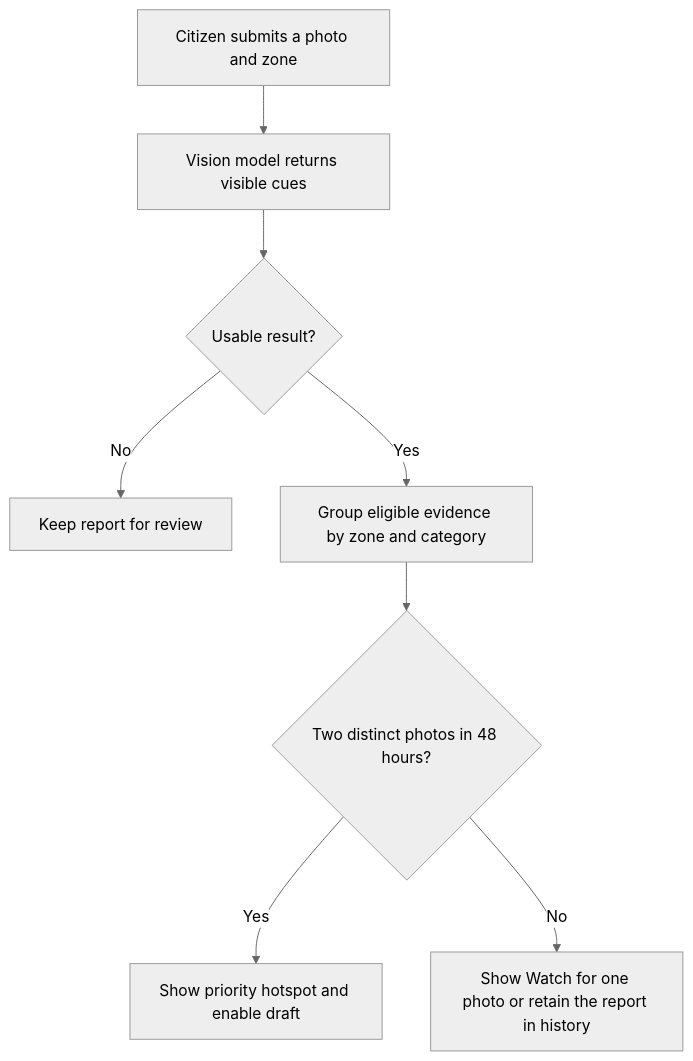
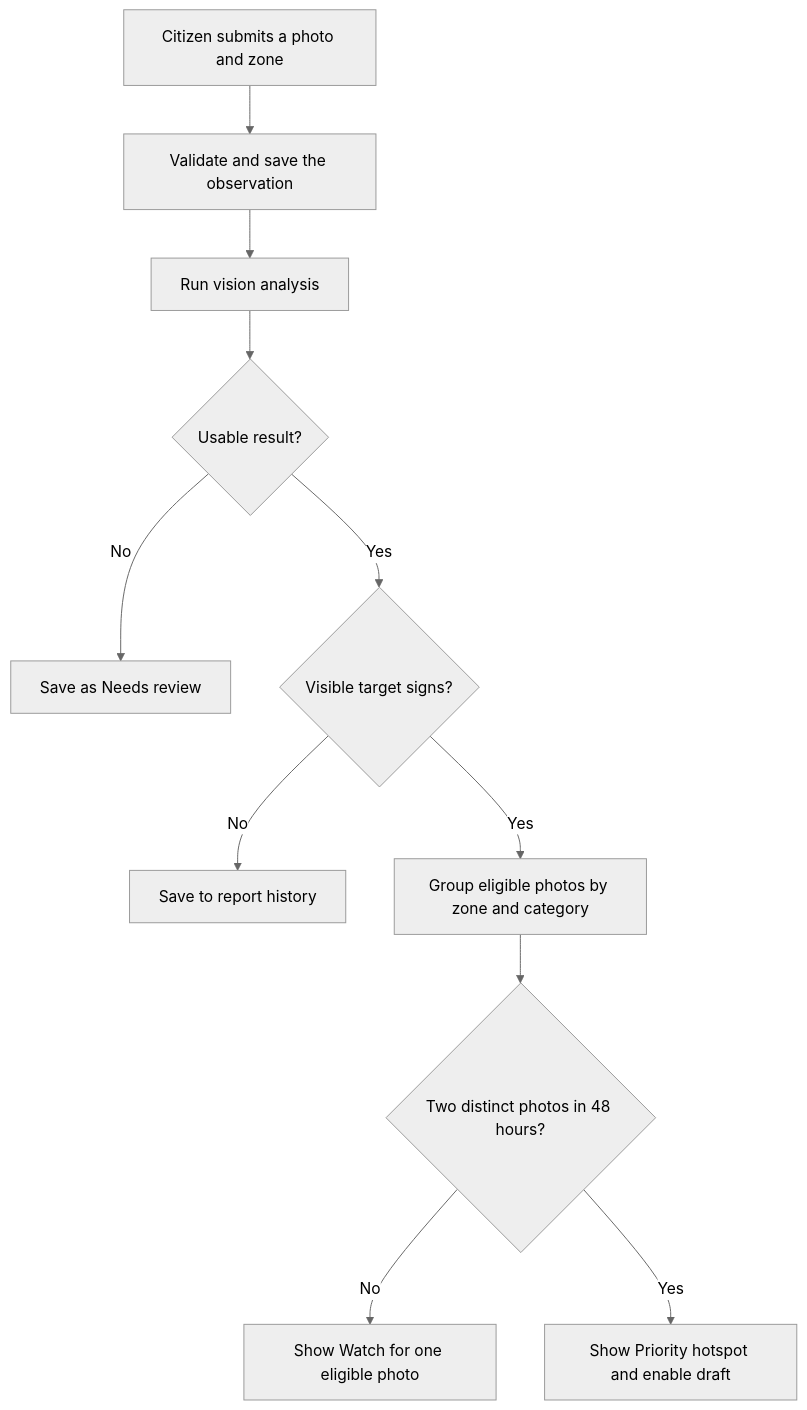
Before and after one commit to BagaaBhai28/JalNetra: the first of 5 diagrams in README.md, drawn with Mermaid (neutral theme). The commit also changed other lines of this file, not shown here.

````diff
--- a/README.md
+++ b/README.md
@@ -24,10 +35,13 @@
 ```mermaid
 flowchart TD
-    A["Citizen submits a photo and zone"] --> B["Vision model returns visible cues"]
-    B --> C{"Usable result?"}
-    C -->|No| D["Keep report for review"]
-    C -->|Yes| E["Group eligible evidence by zone and category"]
-    E --> F{"Two distinct photos in 48 hours?"}
-    F -->|Yes| G["Show priority hotspot and enable draft"]
-    F -->|No| H["Show Watch for one photo or retain the report in history"]
+    A["Citizen submits a photo and zone"] --> B["Validate and save the observation"]
+    B --> C["Run vision analysis"]
+    C --> D{"Usable result?"}
+    D -->|No| E["Save as Needs review"]
+    D -->|Yes| F{"Visible target signs?"}
+    F -->|No| G["Save to report history"]
+    F -->|Yes| H["Group eligible photos by zone and category"]
+    H --> I{"Two distinct photos in 48 hours?"}
+    I -->|No| J["Show Watch for one eligible photo"]
+    I -->|Yes| K["Show Priority hotspot and enable draft"]
 ```
````
